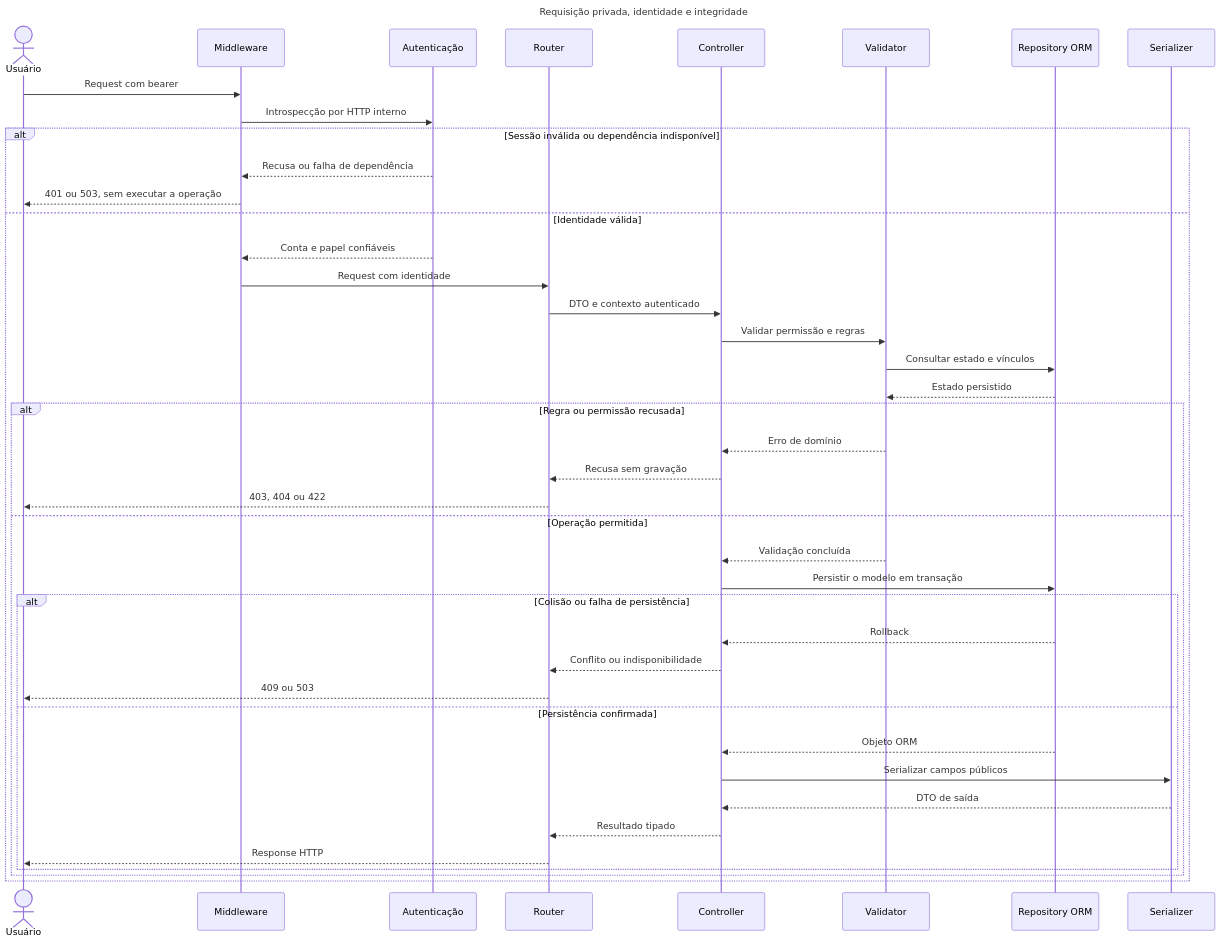
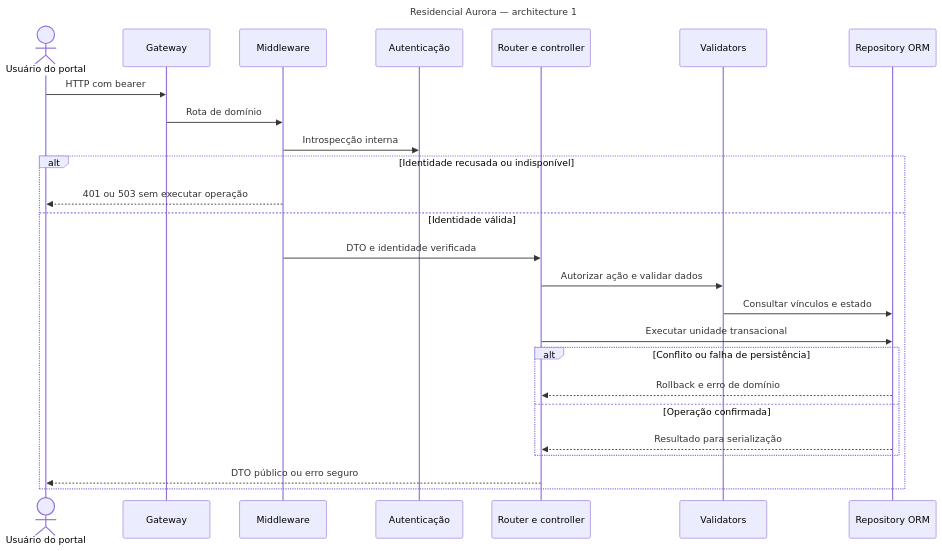
One commit to LucasBiason/mba-ia-desafio-criacao-agente changed the first of 3 diagrams in docs/design/architecture.md. Above: the diagram before and after it, drawn with Mermaid. The commit also changed other lines of this file and 493 other files, not shown here.

Commit message:
feat(aurora): entregue a base 0.1.0 e o assistente do residencial

````diff
--- a/docs/design/architecture.md
+++ b/docs/design/architecture.md
@@ -38,46 +42,30 @@
-~~~mermaid
+```mermaid
 ---
-title: Requisição privada, identidade e integridade
+title: Residencial Aurora — architecture 1
 ---
 sequenceDiagram
-    actor U as Usuário
+    actor U as Usuário do portal
+    participant G as Gateway
     participant M as Middleware
     participant A as Autenticação
-    participant R as Router
-    participant C as Controller
-    participant V as Validator
-    participant P as Repository ORM
-    participant S as Serializer
-    U->>M: Request com bearer
-    M->>A: Introspecção por HTTP interno
-    alt Sessão inválida ou dependência indisponível
-        A-->>M: Recusa ou falha de dependência
-        M-->>U: 401 ou 503, sem executar a operação
+    participant C as Router e controller
+    participant V as Validators
+    participant R as Repository ORM
+    U->>G: HTTP com bearer
+    G->>M: Rota de domínio
+    M->>A: Introspecção interna
+    alt Identidade recusada ou indisponível
+        M-->>U: 401 ou 503 sem executar operação
     else Identidade válida
-        A-->>M: Conta e papel confiáveis
-        M->>R: Request com identidade
-        R->>C: DTO e contexto autenticado
-        C->>V: Validar permissão e regras
-        V->>P: Consultar estado e vínculos
-        P-->>V: Estado persistido
-        alt Regra ou permissão recusada
-            V-->>C: Erro de domínio
-            C-->>R: Recusa sem gravação
-            R-->>U: 403, 404 ou 422
-        else Operação permitida
-            V-->>C: Validação concluída
-            C->>P: Persistir o modelo em transação
-            alt Colisão ou falha de persistência
-                P-->>C: Rollback
-                C-->>R: Conflito ou indisponibilidade
-                R-->>U: 409 ou 503
-            else Persistência confirmada
-                P-->>C: Objeto ORM
-                C->>S: Serializar campos públicos
-                S-->>C: DTO de saída
-                C-->>R: Resultado tipado
-                R-->>U: Response HTTP
-            end
+        M->>C: DTO e identidade verificada
+        C->>V: Autorizar ação e validar dados
+        V->>R: Consultar vínculos e estado
+        C->>R: Executar unidade transacional
+        alt Conflito ou falha de persistência
+            R-->>C: Rollback e erro de domínio
+        else Operação confirmada
+            R-->>C: Resultado para serialização
         end
+        C-->>U: DTO público ou erro seguro
     end
-~~~
+```
````
